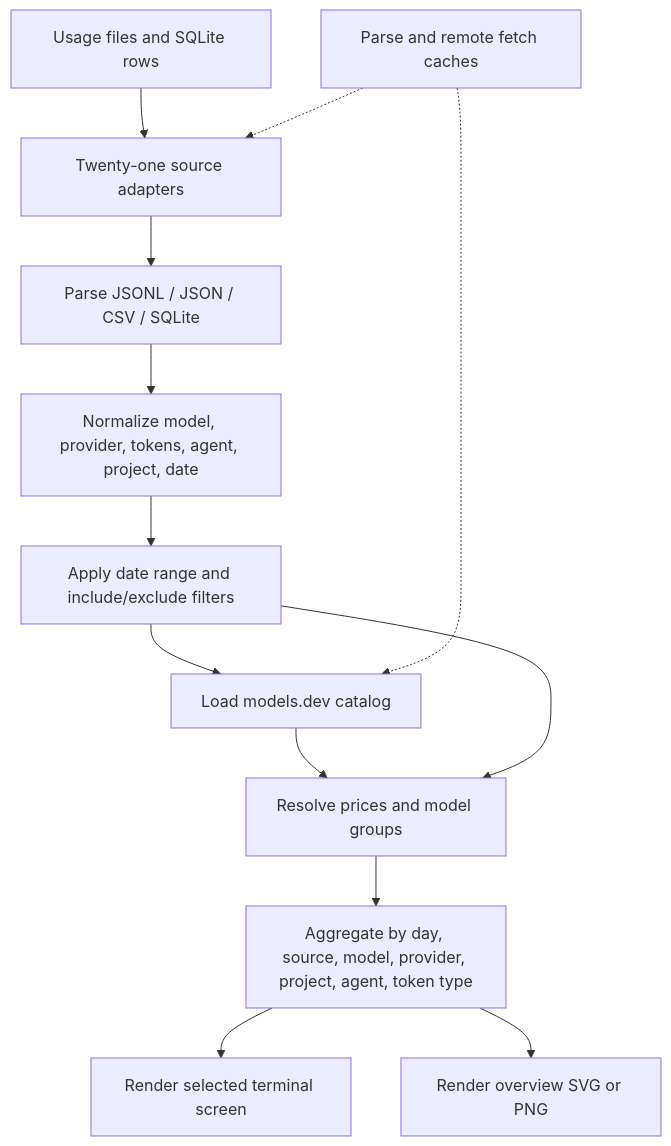
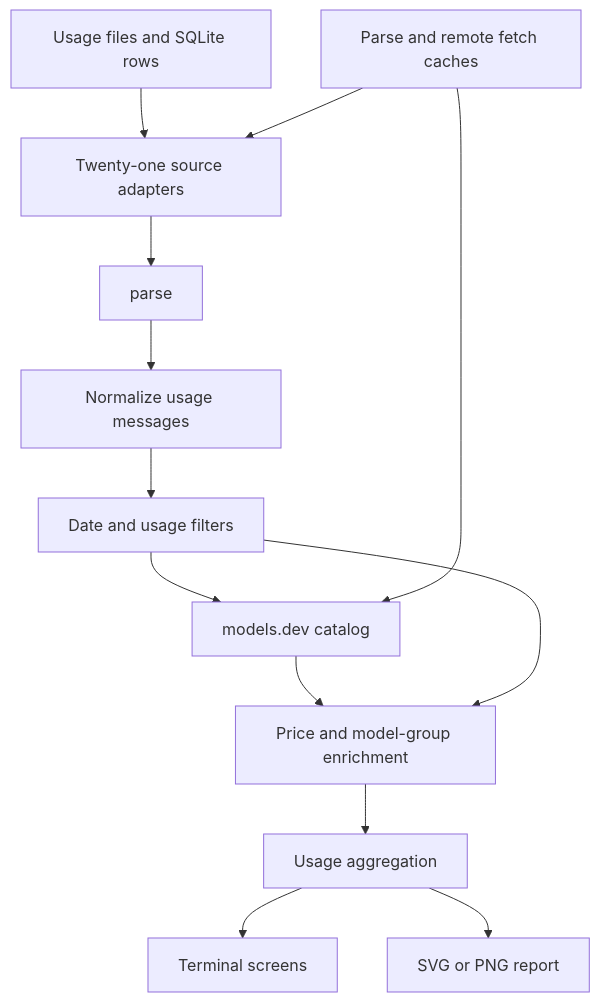
The diagram in .uigraph/diagrams/usage-data-flow/usage-data-flow.mmd (OpenSayad/mytokens-test), drawn with Mermaid before and after one commit. The commit also changed 2 other files, not shown here.

Commit message:
docs(uigraph): update Usage Data Flow diagram

```diff
--- a/.uigraph/diagrams/usage-data-flow/usage-data-flow.mmd
+++ b/.uigraph/diagrams/usage-data-flow/usage-data-flow.mmd
@@ -1,13 +1,24 @@
-flowchart TD
-  sourceFiles[Usage files and SQLite rows] --> readers[Twenty-one source adapters]
-  readers --> parse[Parse JSONL / JSON / CSV / SQLite]
-  parse --> normalize[Normalize model, provider, tokens, agent, project, date]
-  normalize --> range[Apply date range and include/exclude filters]
-  range --> catalog[Load models.dev catalog]
-  catalog --> cost[Resolve prices and model groups]
-  range --> cost
-  cost --> aggregate[Aggregate by day, source, model, provider, project, agent, token type]
-  aggregate --> terminal[Render selected terminal screen]
-  aggregate --> image[Render overview SVG or PNG]
-  cache[Parse and remote fetch caches] -.-> readers
-  cache -.-> catalog
+flowchart TB
+sourceFiles["Usage files and SQLite rows"]
+readers["Twenty-one source adapters"]
+parse
+normalize["Normalize usage messages"]
+range["Date and usage filters"]
+catalog["models.dev catalog"]
+cost["Price and model-group enrichment"]
+aggregate["Usage aggregation"]
+terminal["Terminal screens"]
+image["SVG or PNG report"]
+cache["Parse and remote fetch caches"]
+sourceFiles --> readers
+readers --> parse
+parse --> normalize
+normalize --> range
+range --> catalog
+catalog --> cost
+range --> cost
+cost --> aggregate
+aggregate --> terminal
+aggregate --> image
+cache --> readers
+cache --> catalog
```
